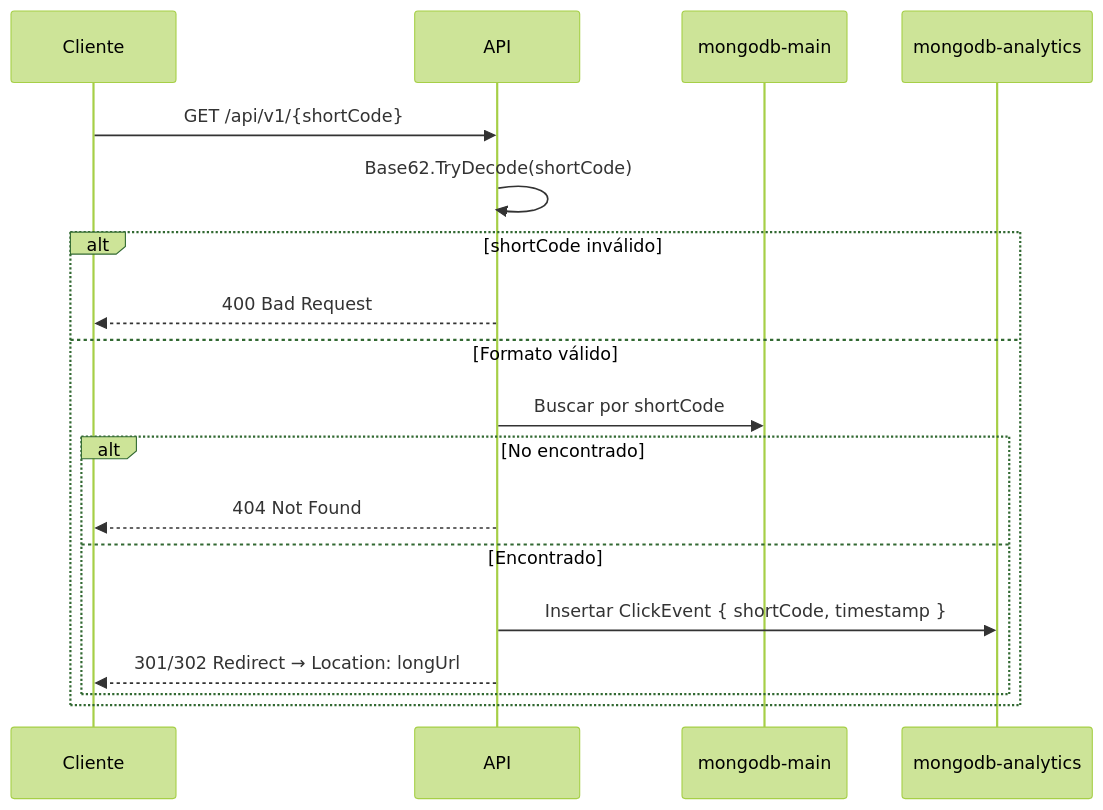
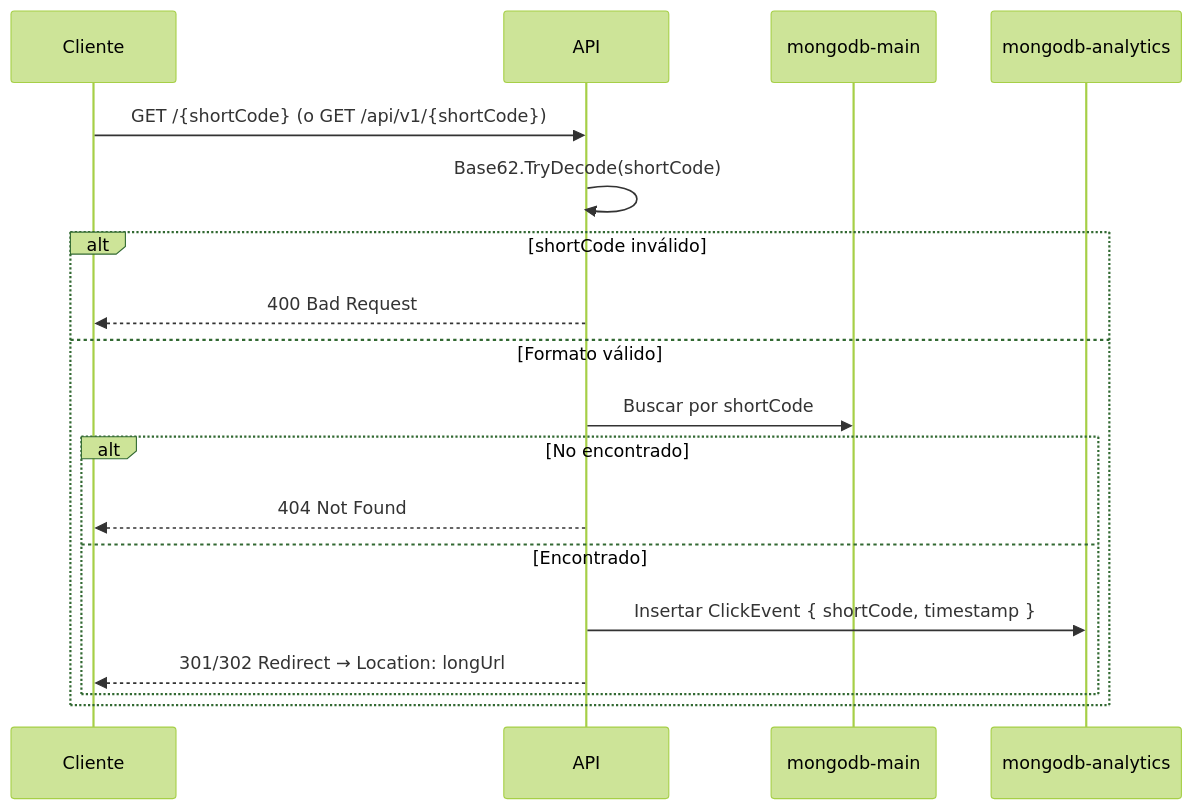
The third of 3 diagrams in DESIGN.md (Alexander25470/urlShortener), drawn with Mermaid (forest theme) before and after one commit. The commit also changed other lines of this file, not shown here.

````diff
--- a/DESIGN.md
+++ b/DESIGN.md
@@ -93,21 +93,21 @@
 ```mermaid
 sequenceDiagram
     participant C as Cliente
     participant API as API
     participant M as mongodb-main
     participant A as mongodb-analytics
 
-    C->>API: GET /api/v1/{shortCode}
+    C->>API: GET /{shortCode} (o GET /api/v1/{shortCode})
     API->>API: Base62.TryDecode(shortCode)
     alt shortCode inválido
         API-->>C: 400 Bad Request
     else Formato válido
         API->>M: Buscar por shortCode
         alt No encontrado
             API-->>C: 404 Not Found
         else Encontrado
             API->>A: Insertar ClickEvent { shortCode, timestamp }
             API-->>C: 301/302 Redirect → Location: longUrl
         end
     end
 ```
````
